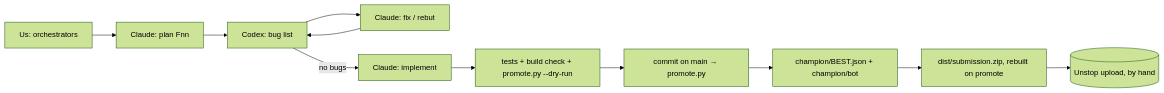
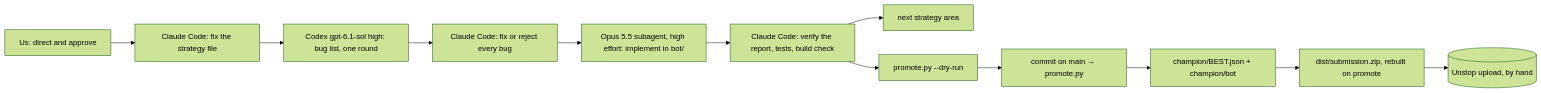
Before and after one commit to adarshkr7/pokerbot_larpmaxxxin: the diagram in DEVELOPMENT.md, drawn with Mermaid (forest theme). The commit also changed other lines of this file and 40 other files, not shown here.

````diff
--- a/DEVELOPMENT.md
+++ b/DEVELOPMENT.md
@@ -22,13 +24,14 @@
 ```mermaid
 flowchart LR
-    us[Us: orchestrators] --> plan[Claude: plan Fnn]
-    plan --> codex[Codex: bug list]
-    codex --> fix[Claude: fix / rebut]
-    fix --> codex
-    codex -- no bugs --> impl[Claude: implement]
-    impl --> dry[tests + build check + promote.py --dry-run]
+    us[Us: direct and approve] --> fix1[Claude Code: fix the strategy file]
+    fix1 --> codex[Codex gpt-6.1-sol high: bug list, one round]
+    codex --> fix2[Claude Code: fix or reject every bug]
+    fix2 --> impl[Opus 5.5 subagent, high effort: implement in bot/]
+    impl --> verify[Claude Code: verify the report, tests, build check]
+    verify --> next[next strategy area]
+    verify --> dry[promote.py --dry-run]
     dry --> promote[commit on main → promote.py]
     promote --> best[champion/BEST.json + champion/bot]
     best --> zip[dist/submission.zip, rebuilt on promote]
     zip --> unstop[(Unstop upload, by hand)]
 ```
````
